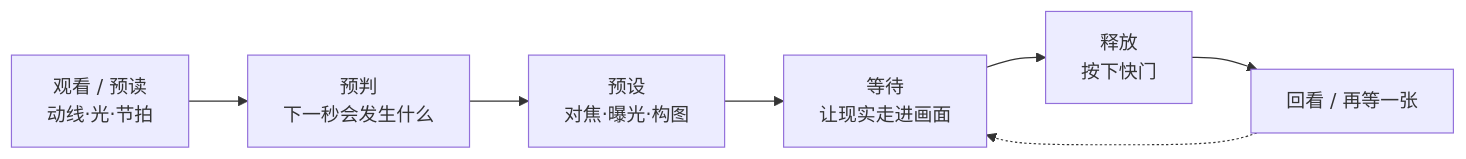
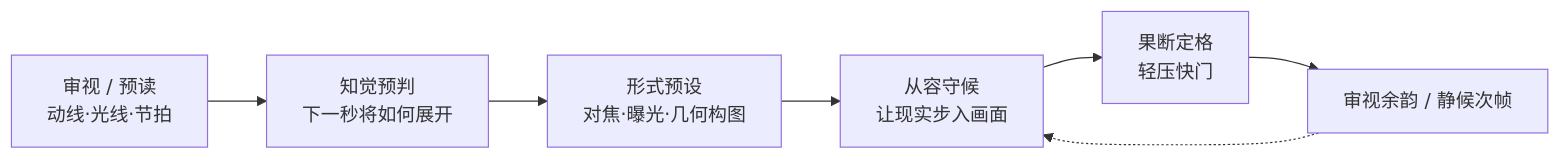
The first of 2 diagrams in docs/06-timing.md (yingwang/photography-book), drawn with Mermaid before and after one commit. The commit also changed other lines of this file, not shown here.

````diff
--- a/docs/06-timing.md
+++ b/docs/06-timing.md
@@ -95,9 +97,9 @@
 ```mermaid
 graph LR
-    A["观看 / 预读<br/>动线·光·节拍"] --> B["预判<br/>下一秒会发生什么"]
-    B --> C["预设<br/>对焦·曝光·构图"]
-    C --> D["等待<br/>让现实走进画面"]
-    D --> E["释放<br/>按下快门"]
-    E --> F["回看 / 再等一张"]
+    A["审视 / 预读<br/>动线·光线·节拍"] --> B["知觉预判<br/>下一秒将如何展开"]
+    B --> C["形式预设<br/>对焦·曝光·几何构图"]
+    C --> D["从容守候<br/>让现实步入画面"]
+    D --> E["果断定格<br/>轻压快门"]
+    E --> F["审视余韵 / 静候次帧"]
     F -.-> D
 ```
````
